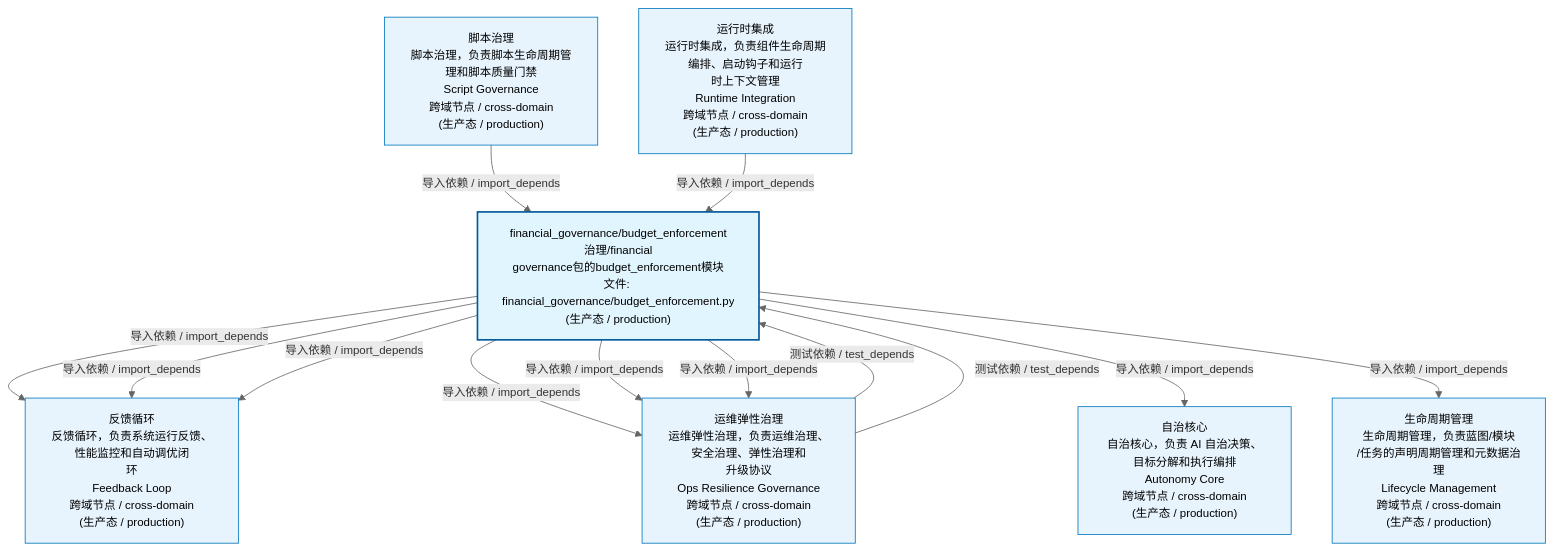
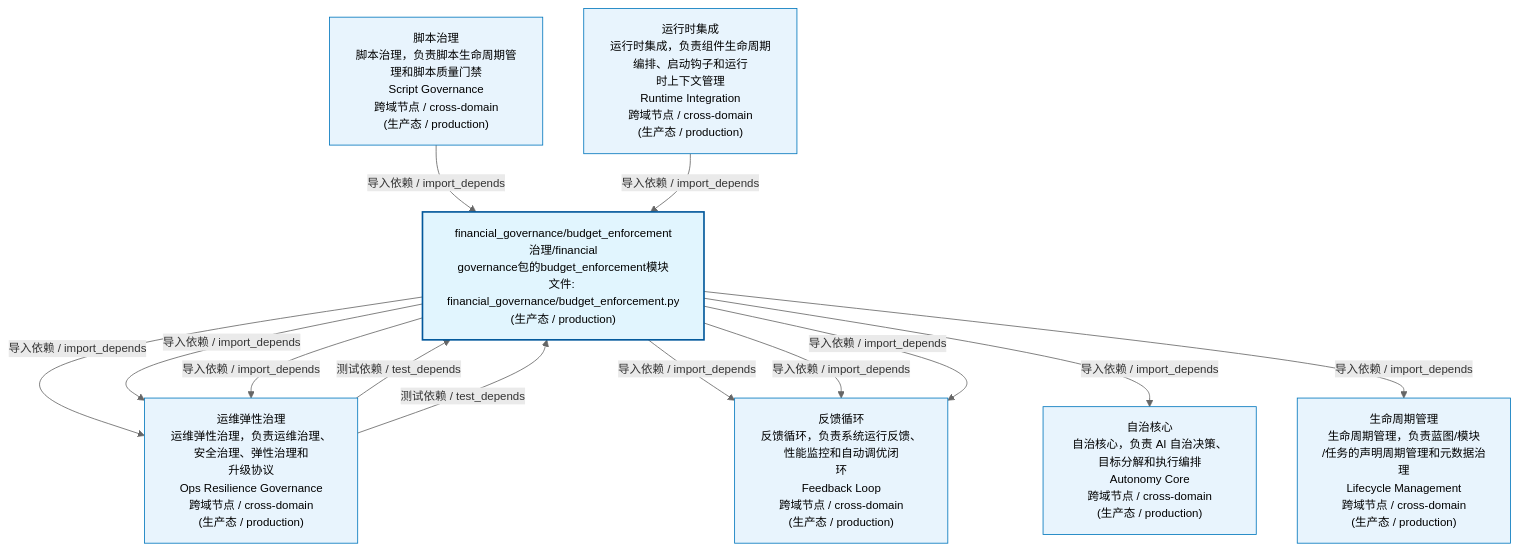
One commit to xuanFelixVan/ZephyrAlpha changed the first of 3 diagrams in docs/02_enterprise_architecture/02_domain_architecture_docs/54_d_gov_repair.md. Above: the diagram before and after it, drawn with Mermaid. The commit also changed 55 other files, not shown here.

````diff
--- a/docs/02_enterprise_architecture/02_domain_architecture_docs/54_d_gov_repair.md
+++ b/docs/02_enterprise_architecture/02_domain_architecture_docs/54_d_gov_repair.md
@@ -53,29 +53,29 @@
 ```mermaid
 %%{init: {'theme': 'base', 'themeVariables': {'primaryColor': '#eaeaea', 'primaryTextColor': '#333333', 'primaryBorderColor': '#666666', 'lineColor': '#666666', 'secondaryColor': '#eaeaea', 'tertiaryColor': '#eaeaea', 'fontSize': '14px'}}}%%
 flowchart TD
     src_zephyr_governance_financial_governance_budget_enforcement_py["financial_governance/budget_enforcement<br/>治理/financial<br/>governance包的budget_enforcement模块<br/>文件: financial_governance/budget_enforcement.py<br/>(生产态 / production)"]
-    D_OPS["反馈循环<br/>反馈循环，负责系统运行反馈、性能监控和自动调优闭<br/>环<br/>Feedback Loop<br/>跨域节点 / cross-domain<br/>(生产态 / production)"]
-    src_zephyr_governance_financial_governance_budget_enforcement_py -->|导入依赖 / import_depends| D_OPS
     D_GOV_OPS_RESILIENCE["运维弹性治理<br/>运维弹性治理，负责运维治理、安全治理、弹性治理和<br/>升级协议<br/>Ops Resilience Governance<br/>跨域节点 / cross-domain<br/>(生产态 / production)"]
     src_zephyr_governance_financial_governance_budget_enforcement_py -->|导入依赖 / import_depends| D_GOV_OPS_RESILIENCE
-    src_zephyr_governance_financial_governance_budget_enforcement_py -->|导入依赖 / import_depends| D_GOV_OPS_RESILIENCE
+    D_OPS["反馈循环<br/>反馈循环，负责系统运行反馈、性能监控和自动调优闭<br/>环<br/>Feedback Loop<br/>跨域节点 / cross-domain<br/>(生产态 / production)"]
     src_zephyr_governance_financial_governance_budget_enforcement_py -->|导入依赖 / import_depends| D_OPS
     src_zephyr_governance_financial_governance_budget_enforcement_py -->|导入依赖 / import_depends| D_GOV_OPS_RESILIENCE
     src_zephyr_governance_financial_governance_budget_enforcement_py -->|导入依赖 / import_depends| D_OPS
+    src_zephyr_governance_financial_governance_budget_enforcement_py -->|导入依赖 / import_depends| D_OPS
+    src_zephyr_governance_financial_governance_budget_enforcement_py -->|导入依赖 / import_depends| D_GOV_OPS_RESILIENCE
     D_AUTONOMY_CORE["自治核心<br/>自治核心，负责 AI 自治决策、目标分解和执行编排<br/>Autonomy Core<br/>跨域节点 / cross-domain<br/>(生产态 / production)"]
     src_zephyr_governance_financial_governance_budget_enforcement_py -->|导入依赖 / import_depends| D_AUTONOMY_CORE
     D_GOVERNANCE["生命周期管理<br/>生命周期管理，负责蓝图/模块<br/>/任务的声明周期管理和元数据治理<br/>Lifecycle Management<br/>跨域节点 / cross-domain<br/>(生产态 / production)"]
     src_zephyr_governance_financial_governance_budget_enforcement_py -->|导入依赖 / import_depends| D_GOVERNANCE
     D_GOV_OPS_RESILIENCE -->|测试依赖 / test_depends| src_zephyr_governance_financial_governance_budget_enforcement_py
     D_GOV_SCRIPTS["脚本治理<br/>脚本治理，负责脚本生命周期管理和脚本质量门禁<br/>Script Governance<br/>跨域节点 / cross-domain<br/>(生产态 / production)"]
     D_GOV_SCRIPTS -->|导入依赖 / import_depends| src_zephyr_governance_financial_governance_budget_enforcement_py
     D_INFRA_RUNTIME["运行时集成<br/>运行时集成，负责组件生命周期编排、启动钩子和运行<br/>时上下文管理<br/>Runtime Integration<br/>跨域节点 / cross-domain<br/>(生产态 / production)"]
     D_INFRA_RUNTIME -->|导入依赖 / import_depends| src_zephyr_governance_financial_governance_budget_enforcement_py
     D_GOV_OPS_RESILIENCE -->|测试依赖 / test_depends| src_zephyr_governance_financial_governance_budget_enforcement_py
     classDef production fill:#e1f5fe,stroke:#01579b,stroke-width:2px,color:#000
     classDef design fill:#fff3e0,stroke:#e65100,stroke-width:2px,color:#000,stroke-dasharray: 5 5
     classDef external_prod fill:#e8f4fd,stroke:#0277bd,stroke-width:1px,color:#000
     classDef external_design fill:#fff8e7,stroke:#ef6c00,stroke-width:1px,color:#000,stroke-dasharray: 5 5
     class src_zephyr_governance_financial_governance_budget_enforcement_py production
-    class D_OPS,D_GOV_OPS_RESILIENCE,D_AUTONOMY_CORE,D_GOVERNANCE,D_GOV_SCRIPTS,D_INFRA_RUNTIME external_prod
+    class D_GOV_OPS_RESILIENCE,D_OPS,D_AUTONOMY_CORE,D_GOVERNANCE,D_GOV_SCRIPTS,D_INFRA_RUNTIME external_prod
 ```
````
